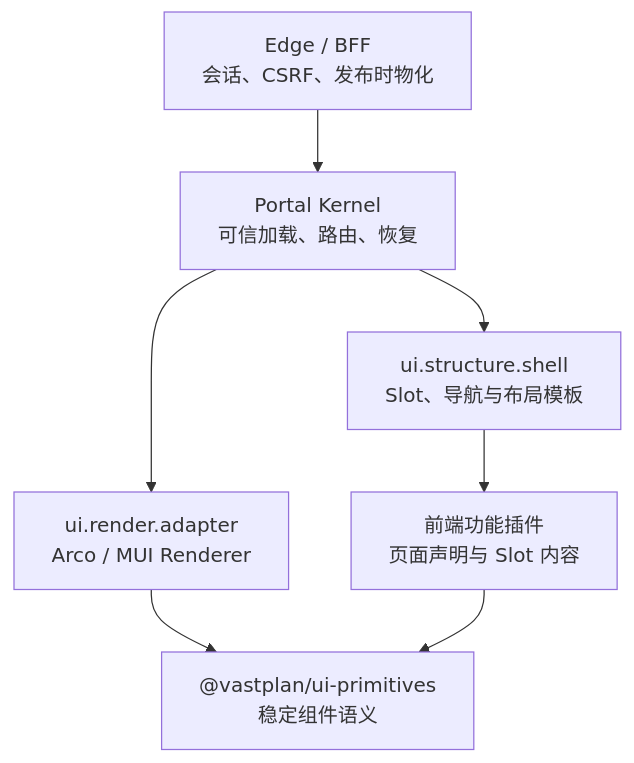
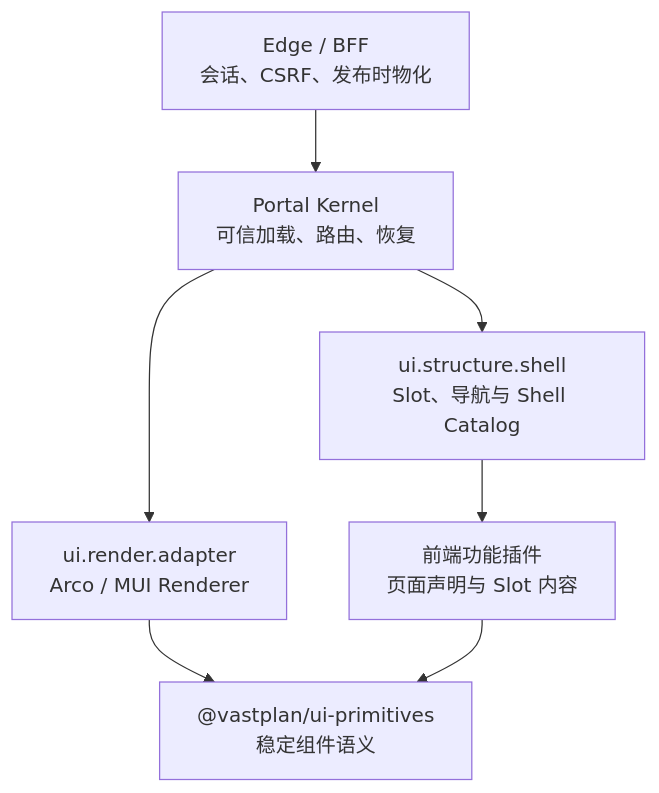
One commit to yandt/VastPlan changed the diagram in docs/dev/architecture/前端门户内核.md. Above: the diagram before and after it, drawn with Mermaid. The commit also changed other lines of this file and 7 other files, not shown here.

Commit message:
docs: define test repository and frontend upgrade architecture

````diff
--- a/docs/dev/architecture/前端门户内核.md
+++ b/docs/dev/architecture/前端门户内核.md
@@ -13,9 +13,9 @@
 ```mermaid
 flowchart TB
   BFF["Edge / BFF\n会话、CSRF、发布时物化"] --> PK["Portal Kernel\n可信加载、路由、恢复"]
   PK --> DS["ui.render.adapter\nArco / MUI Renderer"]
-  PK --> SC["ui.structure.shell\nSlot、导航与布局模板"]
+  PK --> SC["ui.structure.shell\nSlot、导航与 Shell Catalog"]
   SC --> FP["前端功能插件\n页面声明与 Slot 内容"]
   DS --> UI["@vastplan/ui-primitives\n稳定组件语义"]
   FP --> UI
 ```
````
